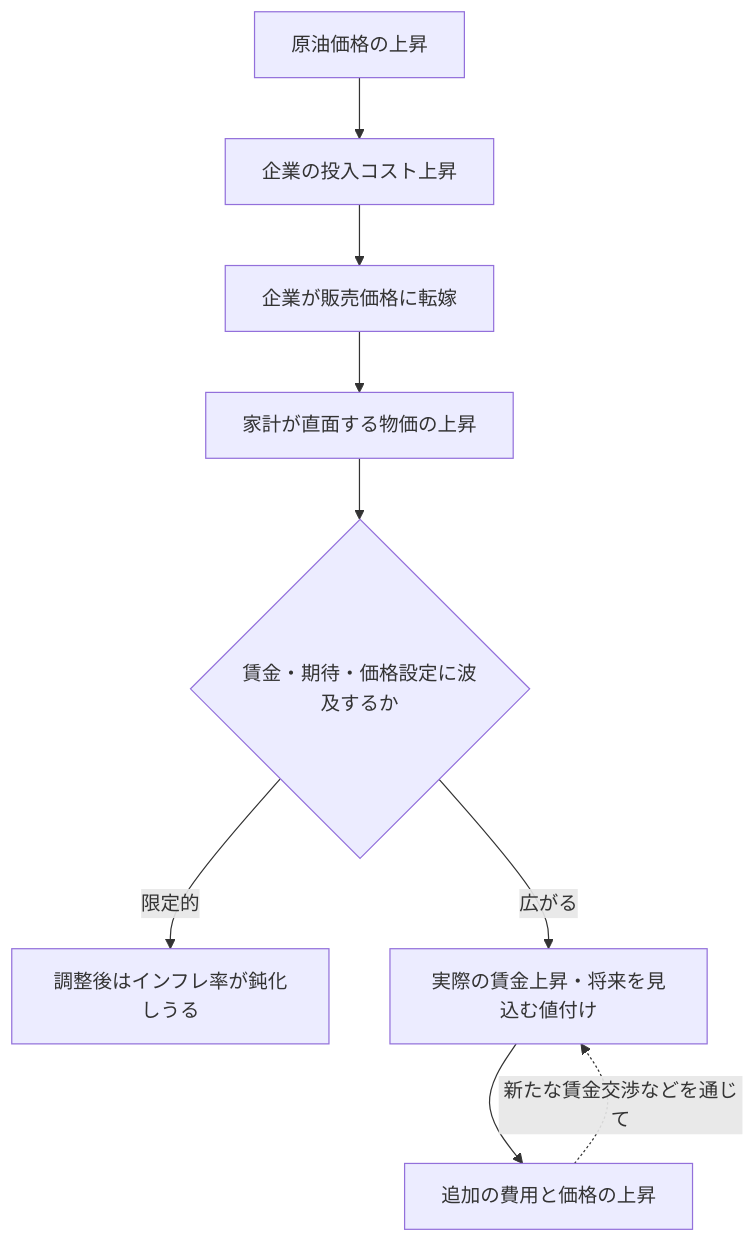
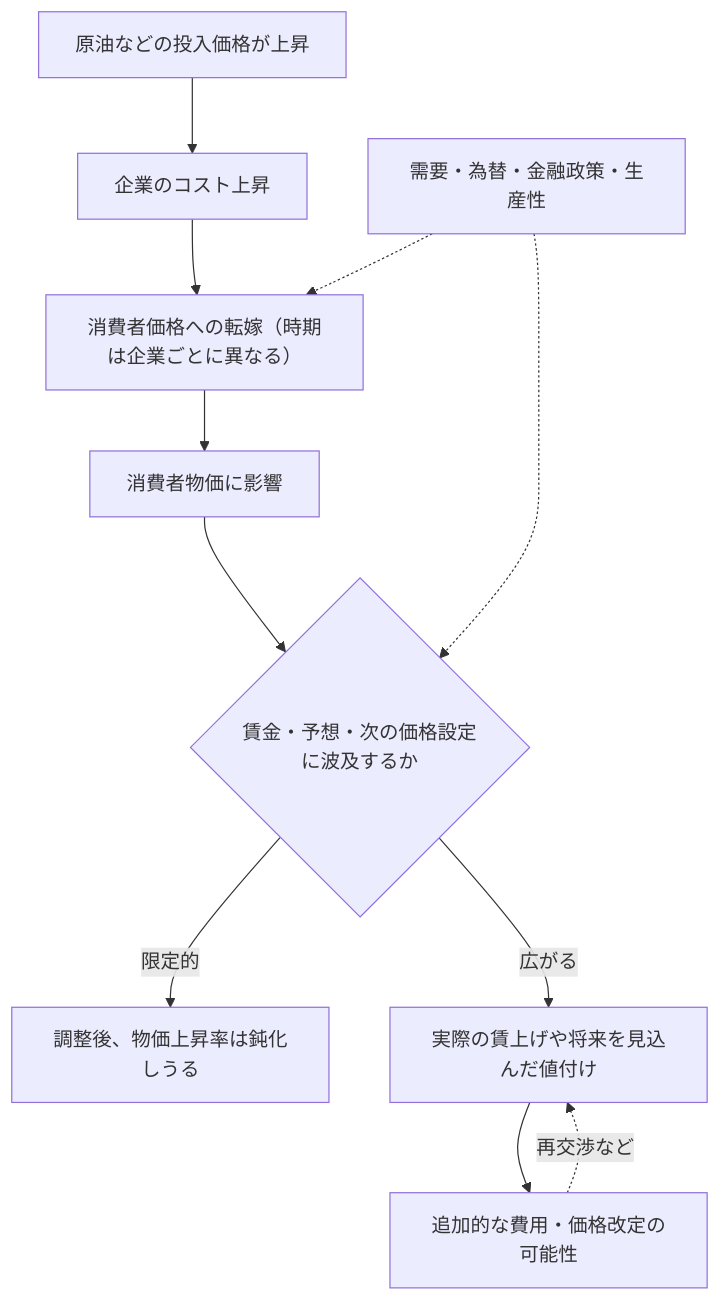
One commit to Osino-Niso/econ-data-lab changed the diagram in articles/oil-shocks-inflation-regimes.md. Above: the diagram before and after it, drawn with Mermaid. The commit also changed other lines of this file, not shown here.

````diff
--- a/articles/oil-shocks-inflation-regimes.md
+++ b/articles/oil-shocks-inflation-regimes.md
@@ -90,11 +92,13 @@
 ```mermaid
-flowchart TB
-    A["原油価格の上昇"] --> B["企業の投入コスト上昇"]
-    B --> C["企業が販売価格に転嫁"]
-    C --> D["家計が直面する物価の上昇"]
-    D --> E{"賃金・期待・価格設定に波及するか"}
-    E -->|"限定的"| F["調整後はインフレ率が鈍化しうる"]
-    E -->|"広がる"| G["実際の賃金上昇・将来を見込む値付け"]
-    G --> H["追加の費用と価格の上昇"]
-    H -.->|"新たな賃金交渉などを通じて"| G
+flowchart TD
+    A["原油などの投入価格が上昇"] --> B["企業のコスト上昇"]
+    B --> C["消費者価格への転嫁（時期は企業ごとに異なる）"]
+    C --> D["消費者物価に影響"]
+    D --> E{"賃金・予想・次の価格設定に波及するか"}
+    E -->|"限定的"| F["調整後、物価上昇率は鈍化しうる"]
+    E -->|"広がる"| G["実際の賃上げや将来を見込んだ値付け"]
+    G --> H["追加的な費用・価格改定の可能性"]
+    H -.->|"再交渉など"| G
+    I["需要・為替・金融政策・生産性"] -.-> C
+    I -.-> E
 ```
````
